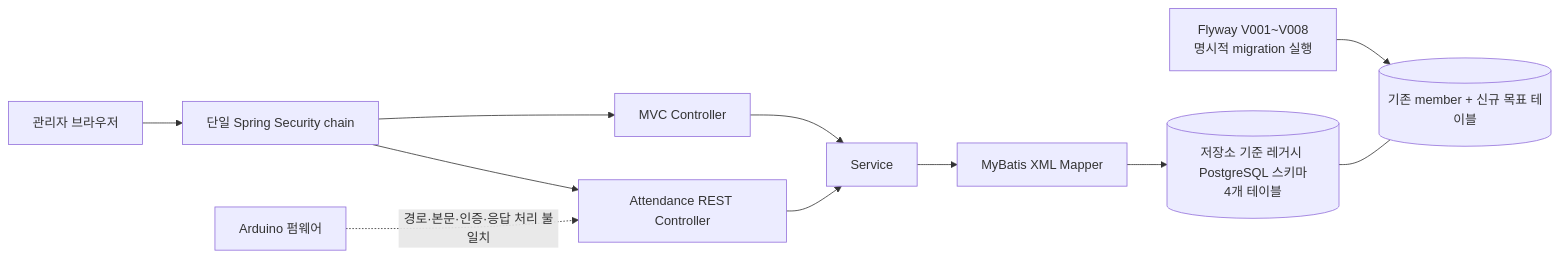
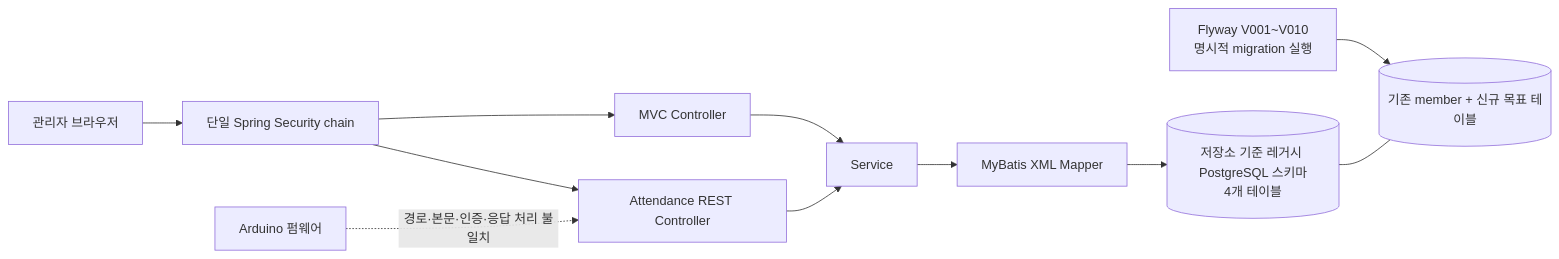
The first of 6 diagrams in docs/ARCHITECTURE.md (jinhokingofworld/attend), drawn with Mermaid before and after one commit. The commit also changed other lines of this file and 76 other files, not shown here.

````diff
--- a/docs/ARCHITECTURE.md
+++ b/docs/ARCHITECTURE.md
@@ -120,13 +121,13 @@
 ```mermaid
 flowchart LR
     B["관리자 브라우저"] --> SC["단일 Spring Security chain"]
     SC --> MVC["MVC Controller"]
     SC --> API["Attendance REST Controller"]
     MVC --> S["Service"]
     API --> S
     S --> M["MyBatis XML Mapper"]
     M --> LDB[("저장소 기준 레거시 PostgreSQL 스키마<br>4개 테이블")]
-    FLY["Flyway V001~V008<br>명시적 migration 실행"] --> TDB[("기존 member + 신규 목표 테이블")]
+    FLY["Flyway V001~V010<br>명시적 migration 실행"] --> TDB[("기존 member + 신규 목표 테이블")]
     LDB --- TDB
     NFC["Arduino 펌웨어"] -. "경로·본문·인증·응답 처리 불일치" .-> API
 ```
````
